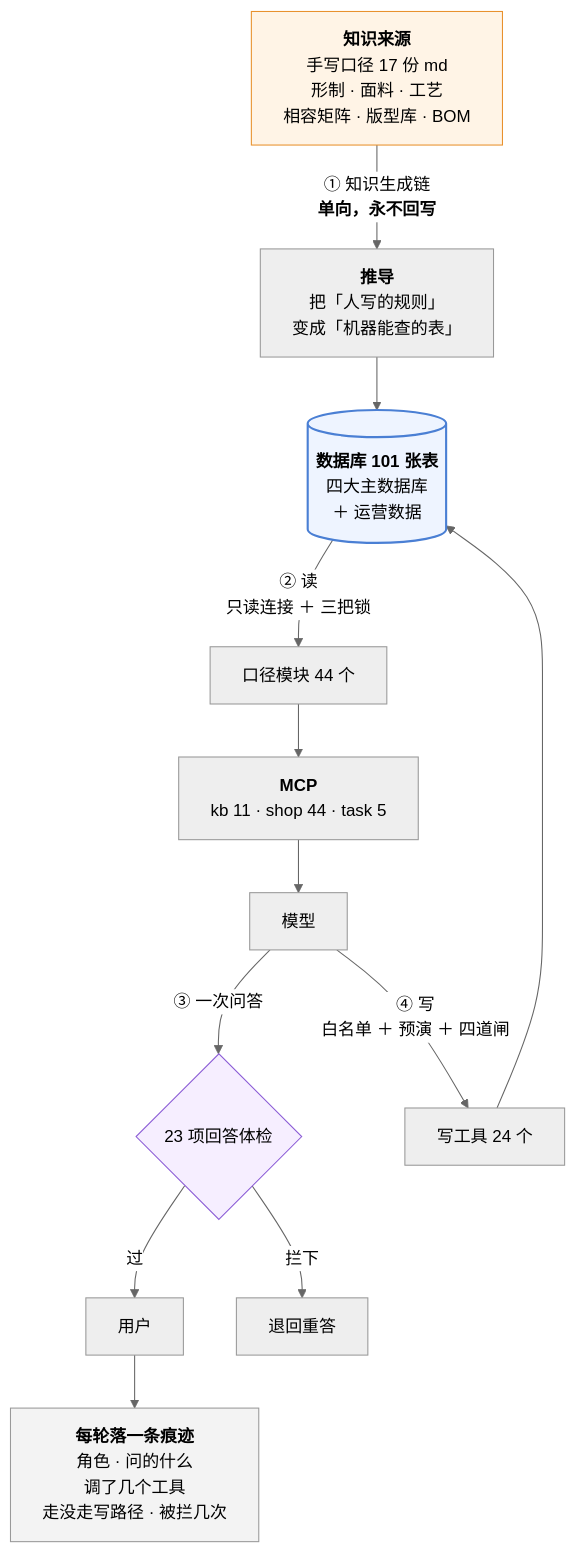
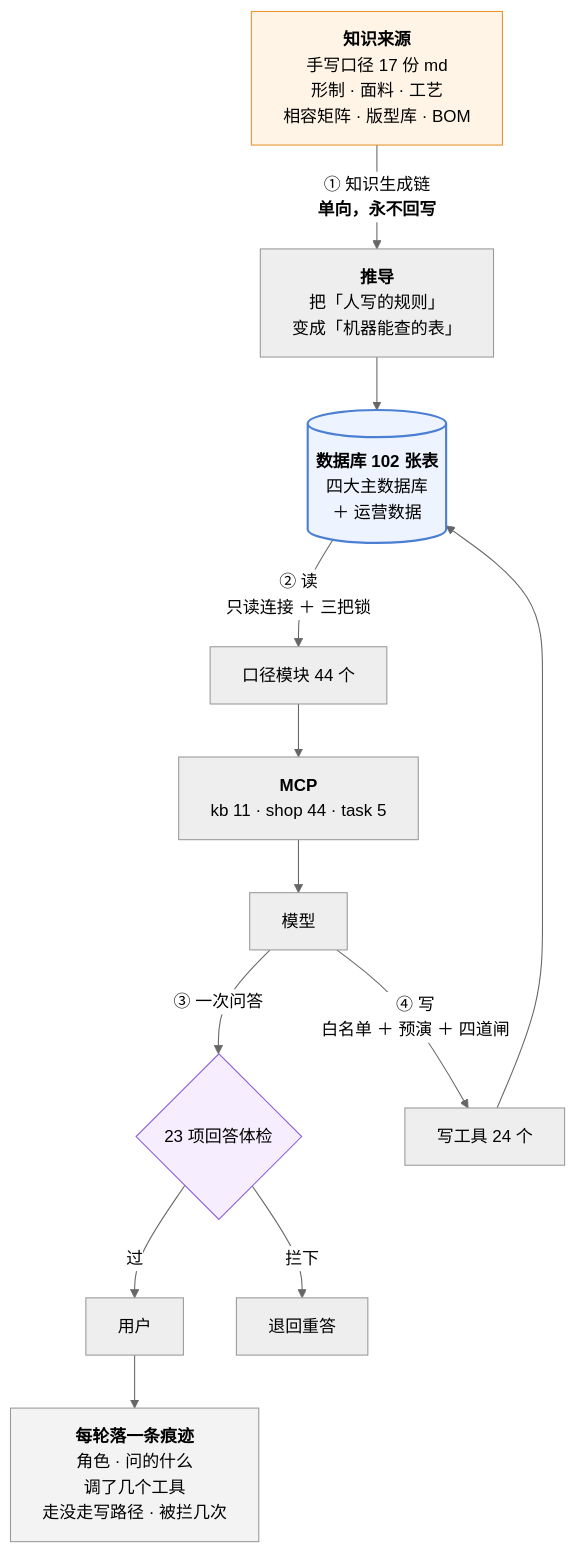
The third of 3 diagrams in 澜绣云裳agent-产品说明.md (843773296-rgb/lanxiu-yunshang-agent), drawn with Mermaid (neutral theme) before and after one commit. The commit also changed other lines of this file and 20 other files, not shown here.

````diff
--- a/澜绣云裳agent-产品说明.md
+++ b/澜绣云裳agent-产品说明.md
@@ -867,24 +867,24 @@
 ```mermaid
 flowchart TD
     MD["<b>知识来源</b><br/>手写口径 17 份 md<br/>形制 · 面料 · 工艺<br/>相容矩阵 · 版型库 · BOM"]
     MD -->|"① 知识生成链<br/><b>单向，永不回写</b>"| DV["<b>推导</b><br/>把「人写的规则」<br/>变成「机器能查的表」"]
-    DV --> DB[("<b>数据库 101 张表</b><br/>四大主数据库<br/>＋ 运营数据")]
+    DV --> DB[("<b>数据库 102 张表</b><br/>四大主数据库<br/>＋ 运营数据")]
 
     DB -->|"② 读<br/>只读连接 ＋ 三把锁"| KJ["口径模块 44 个"]
     KJ --> MCP["<b>MCP</b><br/>kb 11 · shop 44 · task 5"]
     MCP --> LLM["模型"]
 
     LLM -->|"③ 一次问答"| GD{"23 项回答体检"}
     GD -- 过 --> U["用户"]
     GD -- 拦下 --> RE["退回重答"]
 
     LLM -->|"④ 写<br/>白名单 ＋ 预演 ＋ 四道闸"| W["写工具 24 个"]
     W --> DB
 
     U --> TR["<b>每轮落一条痕迹</b><br/>角色 · 问的什么<br/>调了几个工具<br/>走没走写路径 · 被拦几次"]
 
     style MD fill:#fff4e6,stroke:#e8912d
     style DB fill:#eef4ff,stroke:#4a7fd4,stroke-width:2px
     style GD fill:#f6eeff,stroke:#8b5cd6
     style TR fill:#f3f3f3,stroke:#999
 ```
````
